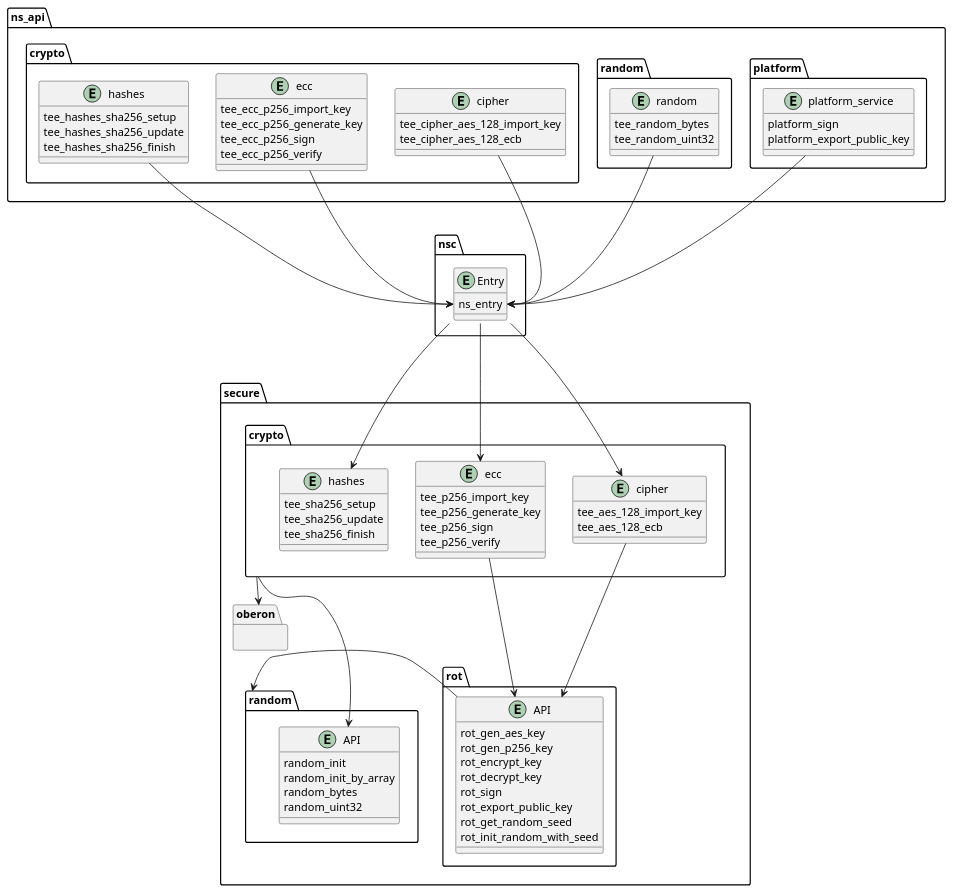
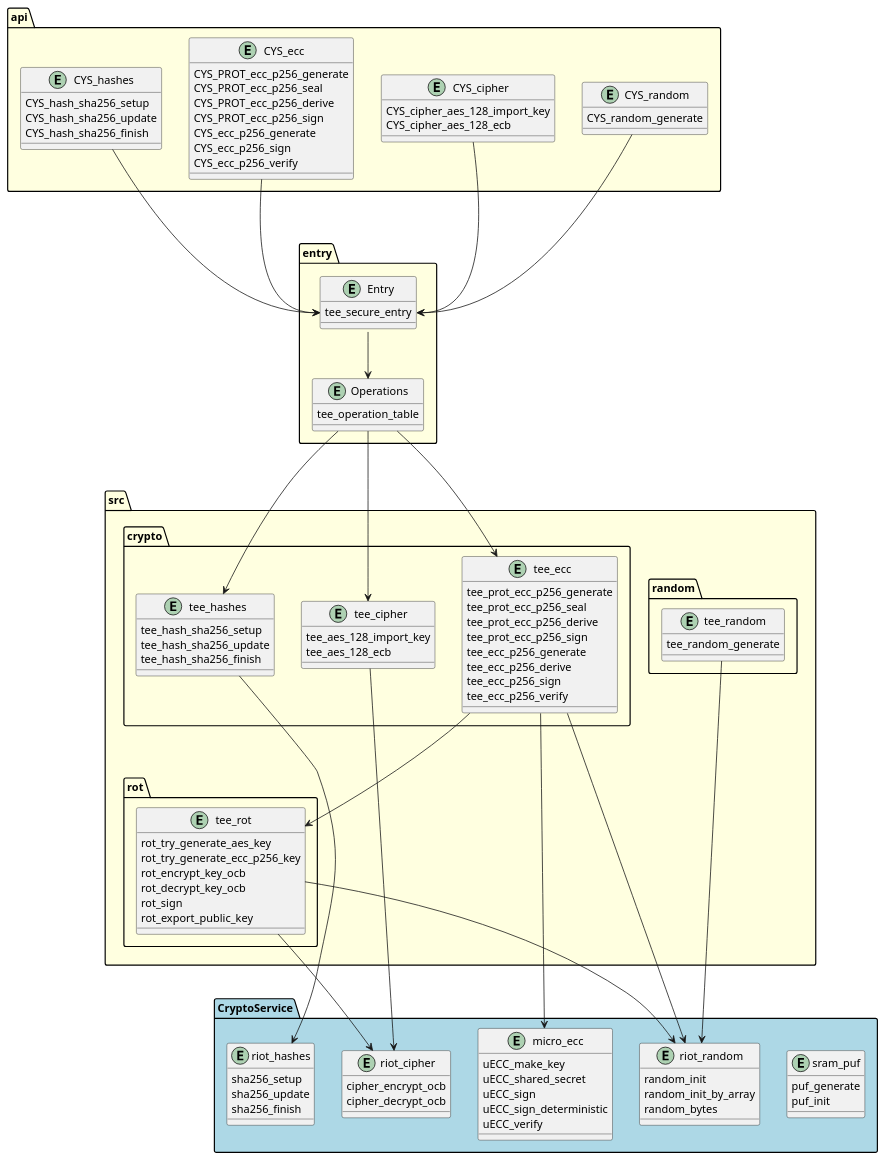
One commit to Einhornhool/riot-tee changed the diagram in design/object-diagram.puml. Above: the diagram before and after it, drawn with PlantUML. The commit also changed 2 other files, not shown here.

Commit message:
design: Update diagram

```diff
--- a/design/object-diagram.puml
+++ b/design/object-diagram.puml
@@ -1,104 +1,139 @@
 @startuml
+namespace api #LightYellow {
+    entity CYS_hashes {
+        CYS_hash_sha256_setup
+        CYS_hash_sha256_update
+        CYS_hash_sha256_finish
+    }
+    entity CYS_ecc {
+        CYS_PROT_ecc_p256_generate
+        CYS_PROT_ecc_p256_seal
+        CYS_PROT_ecc_p256_derive
+        CYS_PROT_ecc_p256_sign
+        CYS_ecc_p256_generate
+        CYS_ecc_p256_sign
+        CYS_ecc_p256_verify
+    }
+    entity CYS_cipher {
+        CYS_cipher_aes_128_import_key
+        CYS_cipher_aes_128_ecb
+    }
+}
 
-namespace ns_api.crypto {
-    entity hashes {
-        tee_hashes_sha256_setup
-        tee_hashes_sha256_update
-        tee_hashes_sha256_finish
+namespace api {
+    entity CYS_random {
+        CYS_random_generate
     }
-    entity ecc {
-        tee_ecc_p256_import_key
-        tee_ecc_p256_generate_key
+}
+
+namespace entry #LightYellow {
+    entity Entry {
+        tee_secure_entry
+    }
+
+    entity Operations {
+        tee_operation_table
+    }
+}
+
+api.CYS_hashes ---> Entry::tee_secure_entry
+api.CYS_ecc ---> Entry::tee_secure_entry
+api.CYS_cipher ---> Entry::tee_secure_entry
+
+api.CYS_random ---> Entry::tee_secure_entry
+
+Entry --> Operations
+
+namespace CryptoService #LightBlue{
+    entity sram_puf {
+        puf_generate
+        puf_init
+    }
+
+    entity riot_hashes {
+        sha256_setup
+        sha256_update
+        sha256_finish
+    }
+
+    entity riot_cipher {
+        cipher_encrypt_ocb
+        cipher_decrypt_ocb
+    }
+
+    entity riot_random {
+        random_init
+        random_init_by_array
+        random_bytes
+    }
+
+    entity micro_ecc {
+        uECC_make_key
+        uECC_shared_secret
+        uECC_sign
+        uECC_sign_deterministic
+        uECC_verify
+    }
+}
+
+namespace src #LightYellow {}
+
+namespace src.crypto {
+    entity tee_hashes {
+        tee_hash_sha256_setup
+        tee_hash_sha256_update
+        tee_hash_sha256_finish
+    }
+    entity tee_ecc {
+        tee_prot_ecc_p256_generate
+        tee_prot_ecc_p256_seal
+        tee_prot_ecc_p256_derive
+        tee_prot_ecc_p256_sign
+        tee_ecc_p256_generate
+        tee_ecc_p256_derive
         tee_ecc_p256_sign
         tee_ecc_p256_verify
     }
-    entity cipher {
-        tee_cipher_aes_128_import_key
-        tee_cipher_aes_128_ecb
-    }
-}
-
-namespace ns_api.random {
-    entity random {
-        tee_random_bytes
-        tee_random_uint32
-    }
-}
-
-namespace ns_api.platform {
-    entity platform_service {
-        platform_sign
-        platform_export_public_key
-    }
-}
-
-namespace nsc {
-    entity Entry {
-        ns_entry
-    }
-}
-
-ns_api.crypto.hashes ---> Entry::ns_entry
-ns_api.crypto.ecc ---> Entry::ns_entry
-ns_api.crypto.cipher ---> Entry::ns_entry
-
-ns_api.random.random ---> Entry::ns_entry
-
-ns_api.platform.platform_service  ---> Entry::ns_entry
-
-namespace secure.crypto {
-    entity hashes {
-        tee_sha256_setup
-        tee_sha256_update
-        tee_sha256_finish
-    }
-    entity ecc {
-        tee_p256_import_key
-        tee_p256_generate_key
-        tee_p256_sign
-        tee_p256_verify
-    }
-    entity cipher {
+    entity tee_cipher {
         tee_aes_128_import_key
         tee_aes_128_ecb
     }
 }
 
-namespace secure.rot {
-    entity API {
-        rot_gen_aes_key
-        rot_gen_p256_key
-        rot_encrypt_key
-        rot_decrypt_key
+namespace src.rot {
+    entity tee_rot {
+        rot_try_generate_aes_key
+        rot_try_generate_ecc_p256_key
+        rot_encrypt_key_ocb
+        rot_decrypt_key_ocb
         rot_sign
         rot_export_public_key
-        rot_get_random_seed
-        rot_init_random_with_seed
     }
 }
 
-namespace secure.random {
-    entity API {
-        random_init
-        random_init_by_array
-        random_bytes
-        random_uint32
+namespace src.random {
+    entity tee_random {
+        tee_random_generate
     }
 }
 
-namespace secure.oberon {
+' namespace src.oberon {
 
-}
+' }
 
-Entry ---> secure.crypto.hashes
-Entry ---> secure.crypto.ecc
-Entry ---> secure.crypto.cipher
+Operations ---> src.crypto.tee_hashes
+Operations ---> src.crypto.tee_ecc
+Operations ---> src.crypto.tee_cipher
 
-secure.crypto.cipher ---> secure.rot.API
-secure.crypto.ecc ---> secure.rot.API
-secure.crypto --> secure.oberon
-secure.crypto ---> secure.random.API
-
-secure.random <- secure.rot.API
+' src.crypto.tee_cipher ---> src.rot.tee_rot
+src.crypto.tee_ecc ---> src.rot.tee_rot
+src.crypto.tee_ecc ---> CryptoService.micro_ecc
+src.crypto.tee_ecc ---> CryptoService.riot_random
+src.crypto.tee_hashes ---> CryptoService.riot_hashes
+src.crypto.tee_cipher ---> CryptoService.riot_cipher
+src.random.tee_random ---> CryptoService.riot_random
+src.rot.tee_rot ---> CryptoService.riot_random
+src.rot.tee_rot ---> CryptoService.riot_cipher
+' src.crypto --> src.oberon
 
 @enduml
```
